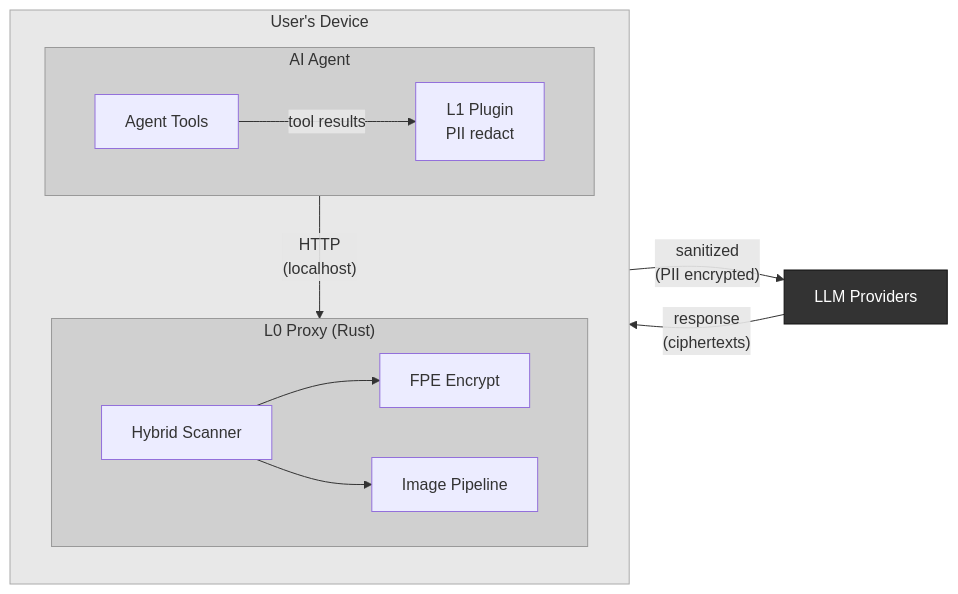
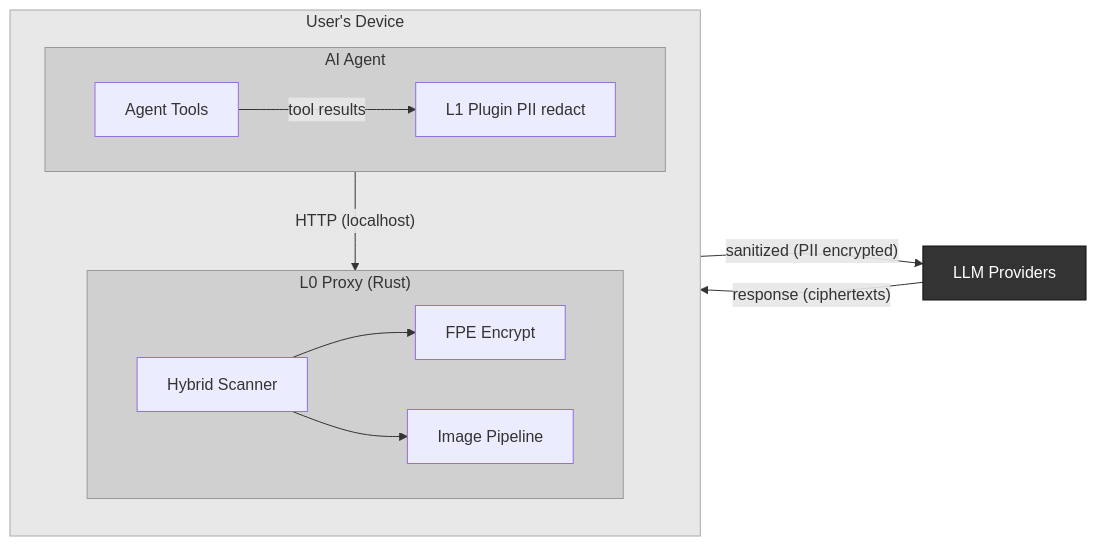
The third of 5 diagrams in README.md (OpenObscure/OpenObscure), drawn with Mermaid before and after one commit. The commit also changed other lines of this file and 1 other file, not shown here.

First line of the commit message:
Remove \n line breaks from mermaid flowchart labels

````diff
--- a/README.md
+++ b/README.md
@@ -153,26 +153,26 @@
 ```mermaid
 flowchart LR
     subgraph device ["User's Device"]
         direction TB
         subgraph agent ["AI Agent"]
             tools["Agent Tools"]
-            L1["L1 Plugin\nPII redact"]
+            L1["L1 Plugin PII redact"]
             tools -- "tool results" --> L1
         end
         subgraph proxy ["L0 Proxy (Rust)"]
             scanner["Hybrid Scanner"]
             fpe["FPE Encrypt"]
             img["Image Pipeline"]
             scanner --> fpe
             scanner --> img
         end
-        agent -- "HTTP\n(localhost)" --> proxy
+        agent -- "HTTP (localhost)" --> proxy
     end
-    proxy -- "sanitized\n(PII encrypted)" --> llm["LLM Providers"]
-    llm -- "response\n(ciphertexts)" --> proxy
+    proxy -- "sanitized (PII encrypted)" --> llm["LLM Providers"]
+    llm -- "response (ciphertexts)" --> proxy
 
     style device fill:#e8e8e8,stroke:#aaa,color:#333
     style agent fill:#d0d0d0,stroke:#999,color:#333
     style proxy fill:#d0d0d0,stroke:#999,color:#333
     style llm fill:#333,stroke:#111,color:#fff
 ```
````
